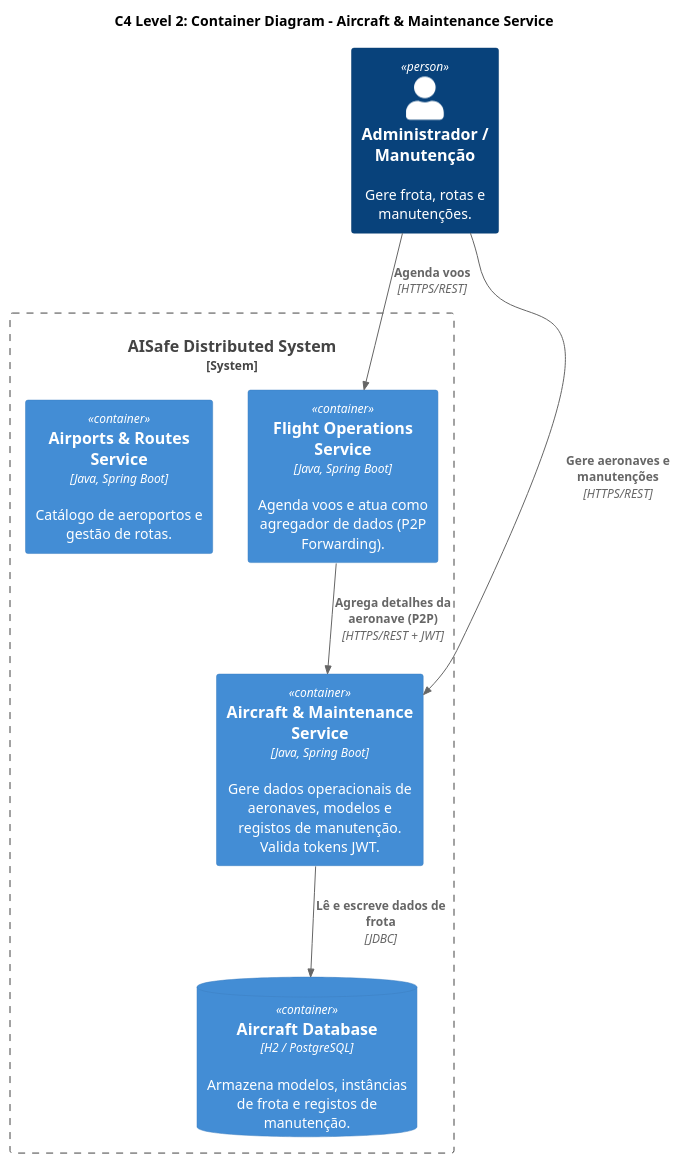
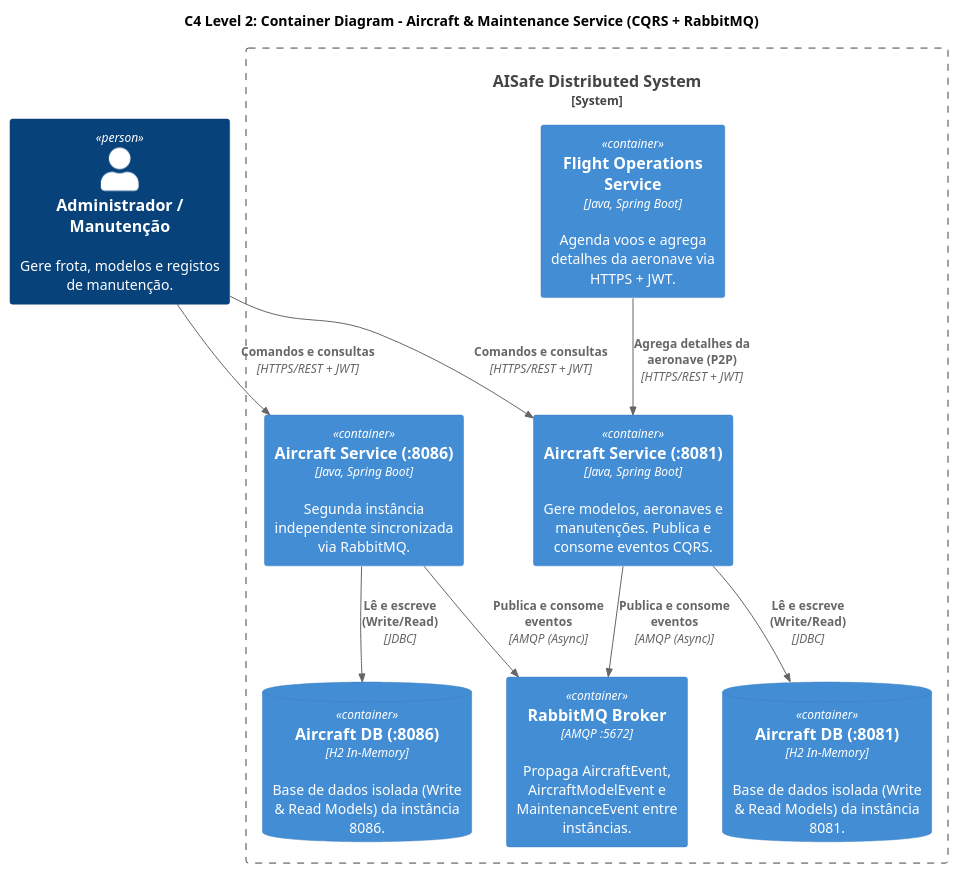
One commit to jvonhafe/LETI_1241237_SIDIS_2026 changed the diagram in aircraft-service/docs/c4_level2_aircraft_container.puml. Above: the diagram before and after it, drawn with PlantUML. The commit also changed 3 other files, not shown here.

Commit message:
Documentação aircraft-service e nova porta

```diff
--- a/aircraft-service/docs/c4_level2_aircraft_container.puml
+++ b/aircraft-service/docs/c4_level2_aircraft_container.puml
@@ -1,22 +1,31 @@
 @startuml c4_level2_aircraft_container
 !include https://raw.githubusercontent.com/plantuml-stdlib/C4-PlantUML/master/C4_Container.puml
 
-title "C4 Level 2: Container Diagram - Aircraft & Maintenance Service"
+title "C4 Level 2: Container Diagram - Aircraft & Maintenance Service (CQRS + RabbitMQ)"
 
-Person(admin, "Administrador / Manutenção", "Gere frota, rotas e manutenções.")
+Person(admin, "Administrador / Manutenção", "Gere frota, modelos e registos de manutenção.")
 
 System_Boundary(aisafe, "AISafe Distributed System") {
-    Container(aircraft_service, "Aircraft & Maintenance Service", "Java, Spring Boot", "Gere dados operacionais de aeronaves, modelos e registos de manutenção. Valida tokens JWT.")
-    Container(flight_ops_service, "Flight Operations Service", "Java, Spring Boot", "Agenda voos e atua como agregador de dados (P2P Forwarding).")
-    Container(airport_routes_service, "Airports & Routes Service", "Java, Spring Boot", "Catálogo de aeroportos e gestão de rotas.")
+    Container(aircraft_a, "Aircraft Service (:8081)", "Java, Spring Boot", "Gere modelos, aeronaves e manutenções. Publica e consome eventos CQRS.")
+    ContainerDb(aircraft_db_a, "Aircraft DB (:8081)", "H2 In-Memory", "Base de dados isolada (Write & Read Models) da instância 8081.")
 
-    ContainerDb(aircraft_db, "Aircraft Database", "H2 / PostgreSQL", "Armazena modelos, instâncias de frota e registos de manutenção.")
+    Container(aircraft_b, "Aircraft Service (:8086)", "Java, Spring Boot", "Segunda instância independente sincronizada via RabbitMQ.")
+    ContainerDb(aircraft_db_b, "Aircraft DB (:8086)", "H2 In-Memory", "Base de dados isolada (Write & Read Models) da instância 8086.")
+
+    Container(rabbitmq, "RabbitMQ Broker", "AMQP :5672", "Propaga AircraftEvent, AircraftModelEvent e MaintenanceEvent entre instâncias.")
+
+    Container(flight_ops_service, "Flight Operations Service", "Java, Spring Boot", "Agenda voos e agrega detalhes da aeronave via HTTPS + JWT.")
 }
 
-Rel(admin, flight_ops_service, "Agenda voos", "HTTPS/REST")
-Rel(admin, aircraft_service, "Gere aeronaves e manutenções", "HTTPS/REST")
+Rel(admin, aircraft_a, "Comandos e consultas", "HTTPS/REST + JWT")
+Rel(admin, aircraft_b, "Comandos e consultas", "HTTPS/REST + JWT")
 
-Rel(flight_ops_service, aircraft_service, "Agrega detalhes da aeronave (P2P)", "HTTPS/REST + JWT", $tags="sync")
-Rel(aircraft_service, aircraft_db, "Lê e escreve dados de frota", "JDBC")
+Rel(aircraft_a, aircraft_db_a, "Lê e escreve (Write/Read)", "JDBC")
+Rel(aircraft_b, aircraft_db_b, "Lê e escreve (Write/Read)", "JDBC")
+
+Rel(aircraft_a, rabbitmq, "Publica e consome eventos", "AMQP (Async)")
+Rel(aircraft_b, rabbitmq, "Publica e consome eventos", "AMQP (Async)")
+
+Rel(flight_ops_service, aircraft_a, "Agrega detalhes da aeronave (P2P)", "HTTPS/REST + JWT", $tags="sync")
 
 @enduml
```
